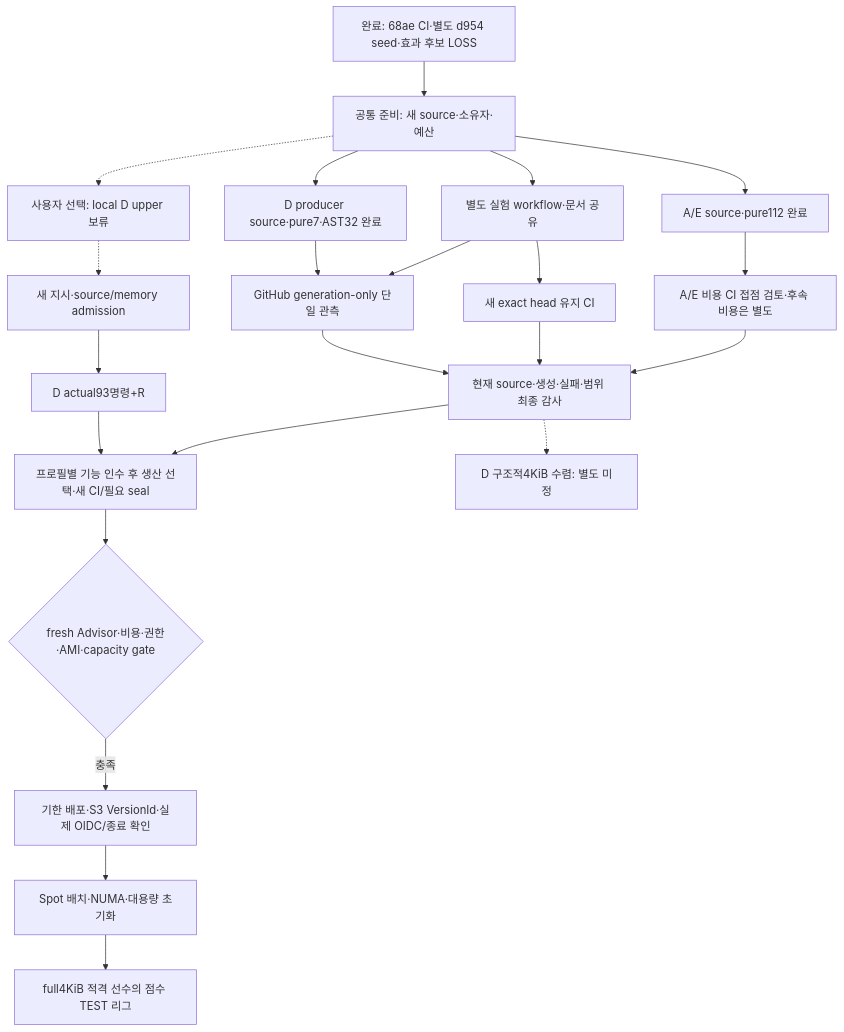
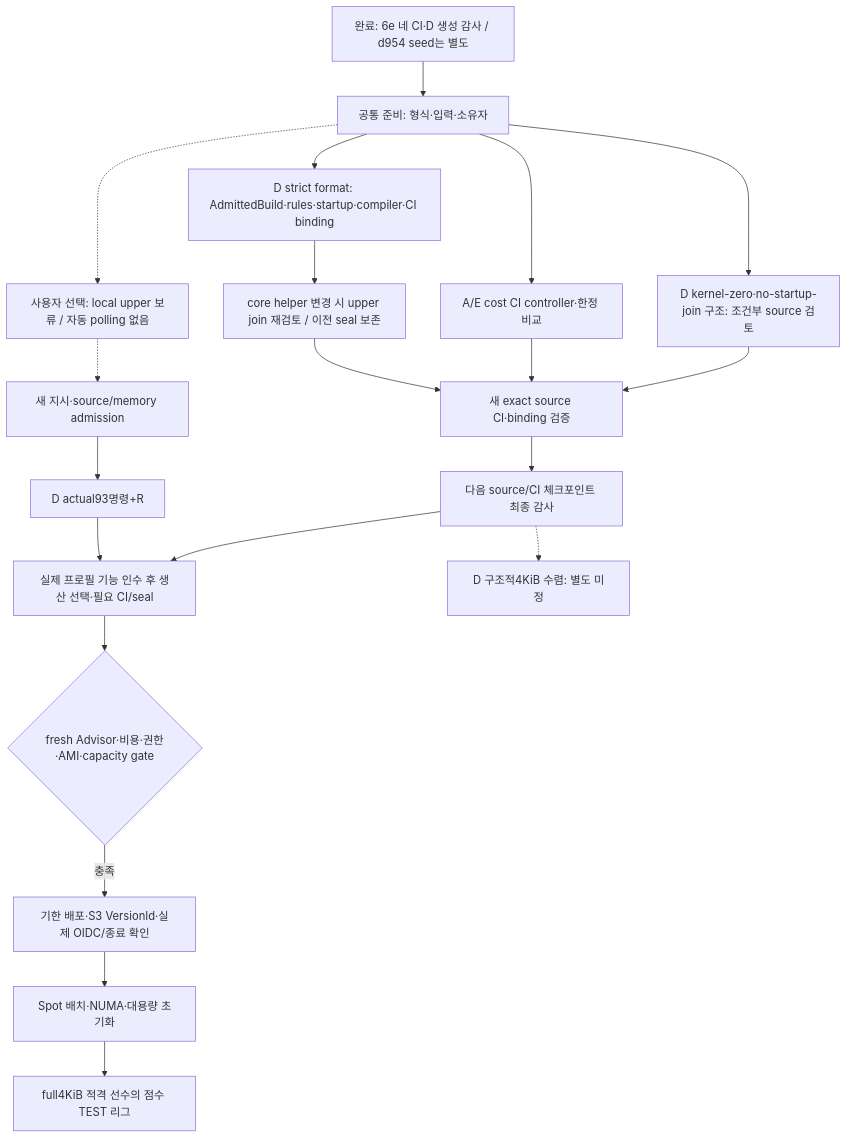
The fourth of 4 diagrams in docs/ENGINE-PLAN.ko.md (daejunnom/Rove4k), drawn with Mermaid before and after one commit. The commit also changed other lines of this file and 2 other files, not shown here.

Commit message:
Add conditional kernel-zero TT source prototype and refresh the plan

```diff
--- a/docs/ENGINE-PLAN.ko.md
+++ b/docs/ENGINE-PLAN.ko.md
@@ -668,24 +672,22 @@
 ~~~mermaid
 flowchart TD
-  DONE[완료: 68ae CI·별도 d954 seed·효과 후보 LOSS] --> PREP[공통 준비: 새 source·소유자·예산]
-  PREP --> D[D producer source·pure7·AST32 완료]
-  PREP --> AE[A/E source·pure112 완료]
-  PREP --> WIP[별도 실험 workflow·문서 공유]
-  D --> GEN[GitHub generation-only 단일 관측]
-  WIP --> GEN
-  WIP --> CI[새 exact head 유지 CI]
-  AE --> COST[A/E 비용 CI 접점 검토·후속 비용은 별도]
-  GEN --> AUDIT[현재 source·생성·실패·범위 최종 감사]
-  CI --> AUDIT
-  COST --> AUDIT
-  PREP -.-> HOLD[사용자 선택: local D upper 보류]
+  DONE[완료: 6e 네 CI·D 생성 감사 / d954 seed는 별도] --> PREP[공통 준비: 형식·입력·소유자]
+  PREP --> D[D strict format: AdmittedBuild·rules·startup·compiler·CI binding]
+  PREP --> AE[A/E cost CI controller·한정 비교]
+  PREP --> BSS[D kernel-zero·no-startup-join 구조: 조건부 source 검토]
+  D --> JOIN[core helper 변경 시 upper join 재검토 / 이전 seal 보존]
+  JOIN --> CI[새 exact source CI·binding 검증]
+  AE --> CI
+  BSS --> CI
+  CI --> AUDIT[다음 source/CI 체크포인트 최종 감사]
+  PREP -.-> HOLD[사용자 선택: local upper 보류 / 자동 polling 없음]
   HOLD -.-> MEM[새 지시·source/memory admission]
   MEM --> UPPER[D actual93명령+R]
-  UPPER --> SELECT[프로필별 기능 인수 후 생산 선택·새 CI/필요 seal]
+  UPPER --> SELECT[실제 프로필 기능 인수 후 생산 선택·필요 CI/seal]
   AUDIT --> SELECT
   SELECT --> GATE{fresh Advisor·비용·권한·AMI·capacity gate}
   GATE -->|충족| LIVE[기한 배포·S3 VersionId·실제 OIDC/종료 확인]
   LIVE --> NUMA[Spot 배치·NUMA·대용량 초기화]
   NUMA --> LEAGUE[full4KiB 적격 선수의 점수 TEST 리그]
   AUDIT -.-> SIZE[D 구조적4KiB 수렴: 별도 미정]
 ~~~
```
